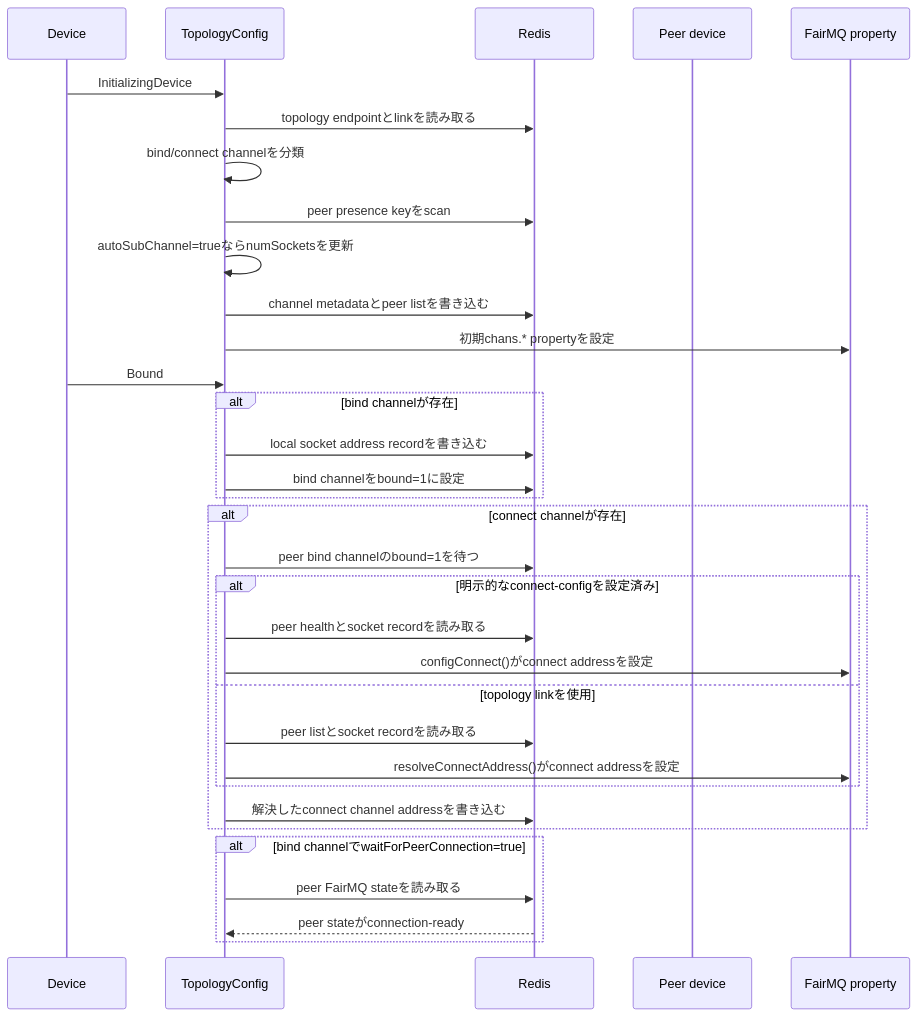
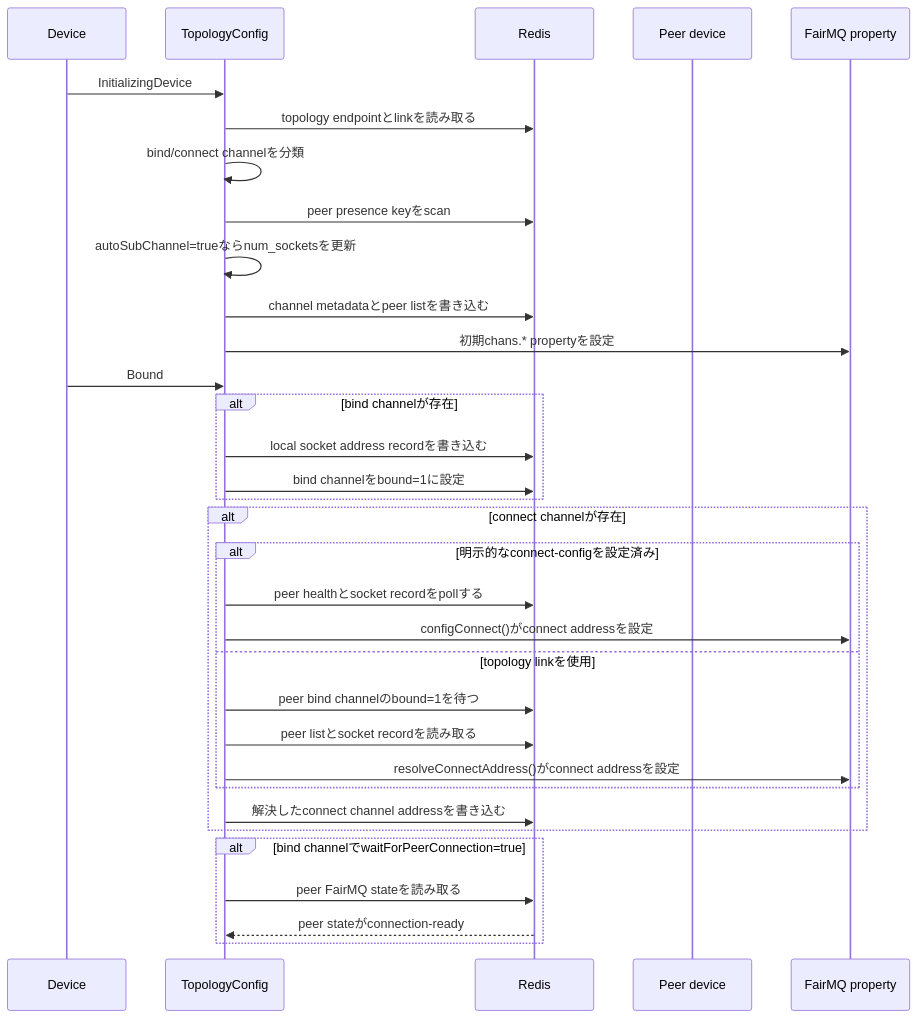
One commit to tntakahashi/nestdaq changed the second of 3 diagrams in plugins/README.ja.md. Above: the diagram before and after it, drawn with Mermaid. The commit also changed other lines of this file and 1 other file, not shown here.

Commit message:
docs(plugins): clarify topology key ownership and connect config

````diff
--- a/plugins/README.ja.md
+++ b/plugins/README.ja.md
@@ -320,37 +355,37 @@
 ```mermaid
 sequenceDiagram
     participant Device
     participant TopologyConfig
     participant Redis
     participant PeerDevices as Peer device
     participant FairMQProperties as FairMQ property
 
     Device->>TopologyConfig: InitializingDevice
     TopologyConfig->>Redis: topology endpointとlinkを読み取る
     TopologyConfig->>TopologyConfig: bind/connect channelを分類
     TopologyConfig->>Redis: peer presence keyをscan
-    TopologyConfig->>TopologyConfig: autoSubChannel=trueならnumSocketsを更新
+    TopologyConfig->>TopologyConfig: autoSubChannel=trueならnum_socketsを更新
     TopologyConfig->>Redis: channel metadataとpeer listを書き込む
     TopologyConfig->>FairMQProperties: 初期chans.* propertyを設定
 
     Device->>TopologyConfig: Bound
     alt bind channelが存在
         TopologyConfig->>Redis: local socket address recordを書き込む
         TopologyConfig->>Redis: bind channelをbound=1に設定
     end
     alt connect channelが存在
-        TopologyConfig->>Redis: peer bind channelのbound=1を待つ
         alt 明示的なconnect-configを設定済み
-            TopologyConfig->>Redis: peer healthとsocket recordを読み取る
+            TopologyConfig->>Redis: peer healthとsocket recordをpollする
             TopologyConfig->>FairMQProperties: configConnect()がconnect addressを設定
         else topology linkを使用
+            TopologyConfig->>Redis: peer bind channelのbound=1を待つ
             TopologyConfig->>Redis: peer listとsocket recordを読み取る
             TopologyConfig->>FairMQProperties: resolveConnectAddress()がconnect addressを設定
         end
         TopologyConfig->>Redis: 解決したconnect channel addressを書き込む
     end
     alt bind channelでwaitForPeerConnection=true
         TopologyConfig->>Redis: peer FairMQ stateを読み取る
         Redis-->>TopologyConfig: peer stateがconnection-ready
     end
 ```
````
